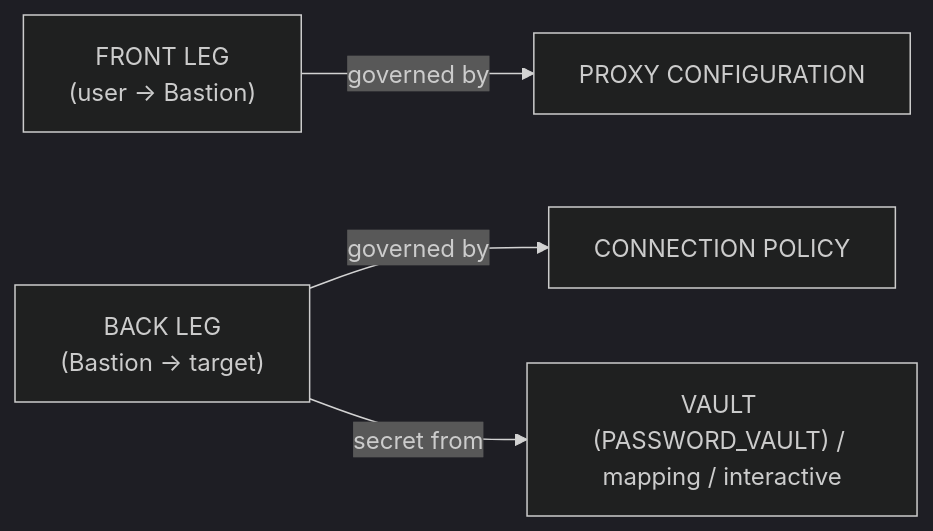
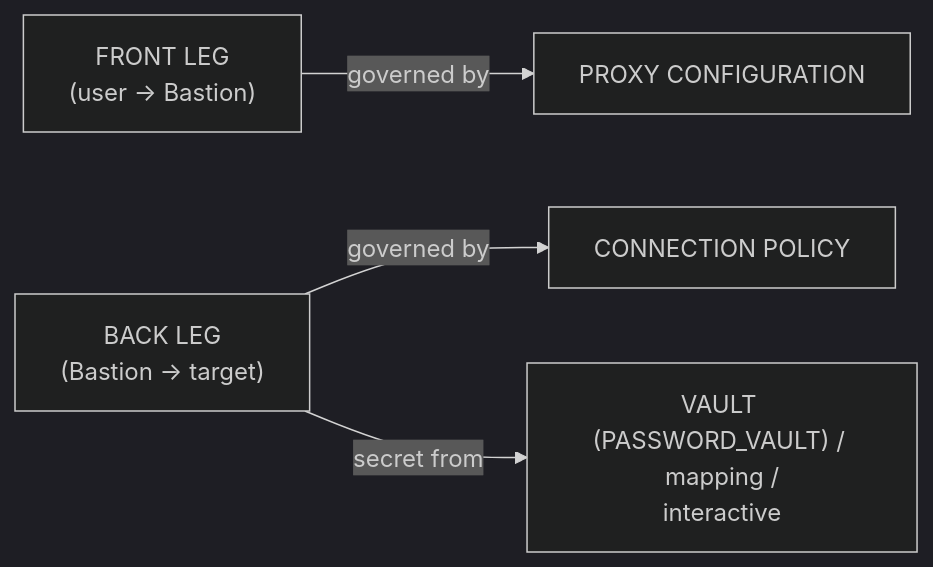
One commit to morandeirachema/WallixCerts changed the second of 6 diagrams in deep-dives/bastion-architecture.md. Above: the diagram before and after it, drawn with Mermaid (dark theme). The commit also changed other lines of this file and 37 other files, not shown here.

First line of the commit message:
Make Mermaid node boxes fit their text (wrap long labels) + enforce it

````diff
--- a/deep-dives/bastion-architecture.md
+++ b/deep-dives/bastion-architecture.md
@@ -68,6 +68,6 @@
 ```mermaid
 flowchart LR
     FrontLeg["FRONT LEG<br/>(user -> Bastion)"] -->|"governed by"| ProxyConfig["PROXY CONFIGURATION"]
     BackLeg["BACK LEG<br/>(Bastion -> target)"] -->|"governed by"| ConnPolicy["CONNECTION POLICY"]
-    BackLeg -->|"secret from"| Vault["VAULT (PASSWORD_VAULT) / mapping / interactive"]
+    BackLeg -->|"secret from"| Vault["VAULT (PASSWORD_VAULT) / mapping /<br/>interactive"]
 ```
````
